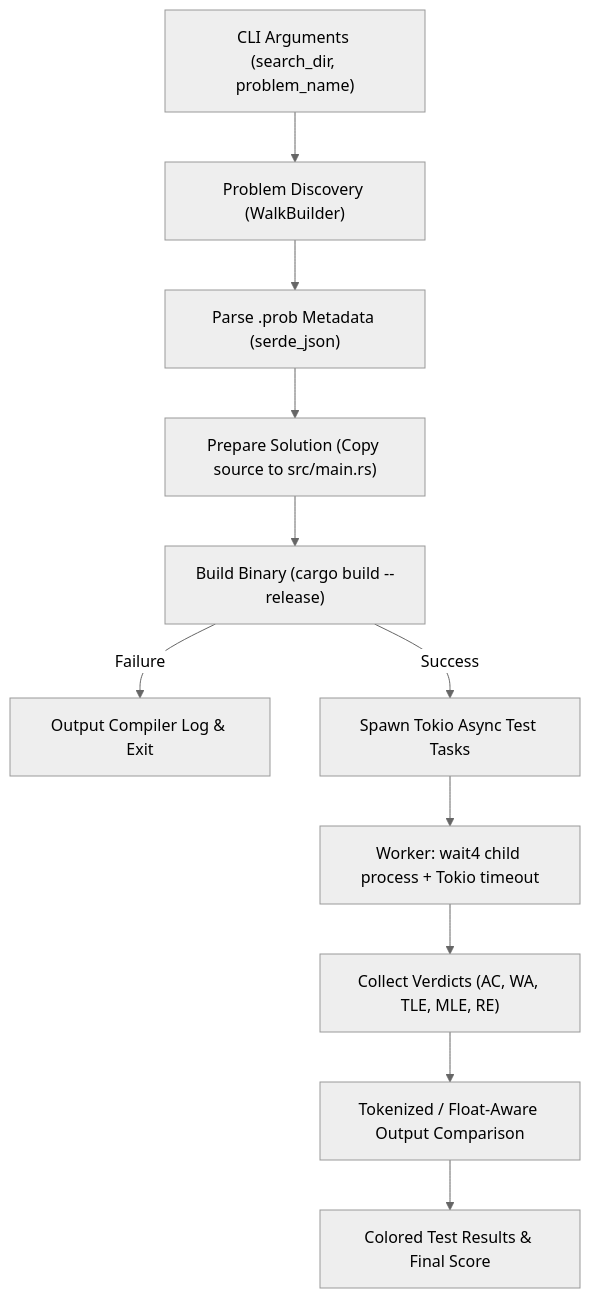
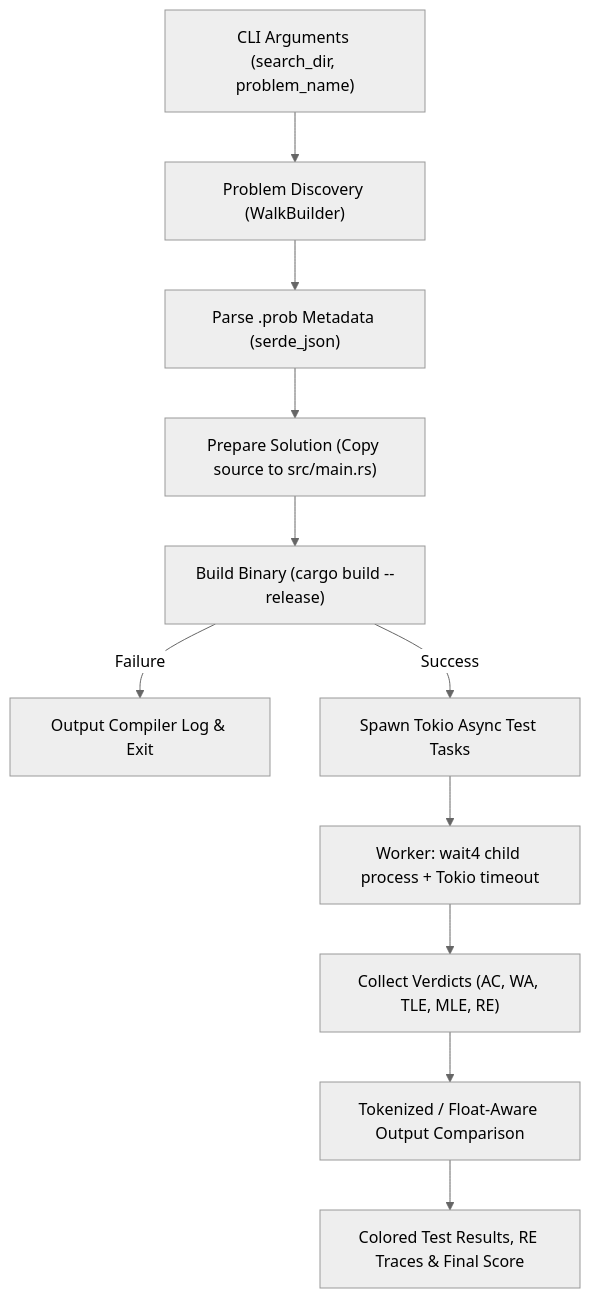
Before and after one commit to davidmiheev/cph_judge: the diagram in docs/arch.md, drawn with Mermaid (neutral theme). The commit also changed other lines of this file and 3 other files, not shown here.

````diff
--- a/docs/arch.md
+++ b/docs/arch.md
@@ -11,13 +11,13 @@
 ```mermaid
 flowchart TD
     A["CLI Arguments (search_dir, problem_name)"] --> B["Problem Discovery (WalkBuilder)"]
     B --> C["Parse .prob Metadata (serde_json)"]
     C --> D["Prepare Solution (Copy source to src/main.rs)"]
     D --> E["Build Binary (cargo build --release)"]
     E -- Failure --> F["Output Compiler Log & Exit"]
     E -- Success --> G["Spawn Tokio Async Test Tasks"]
     G --> H["Worker: wait4 child process + Tokio timeout"]
     H --> I["Collect Verdicts (AC, WA, TLE, MLE, RE)"]
     I --> J["Tokenized / Float-Aware Output Comparison"]
-    J --> K["Colored Test Results & Final Score"]
+    J --> K["Colored Test Results, RE Traces & Final Score"]
 ```
````
